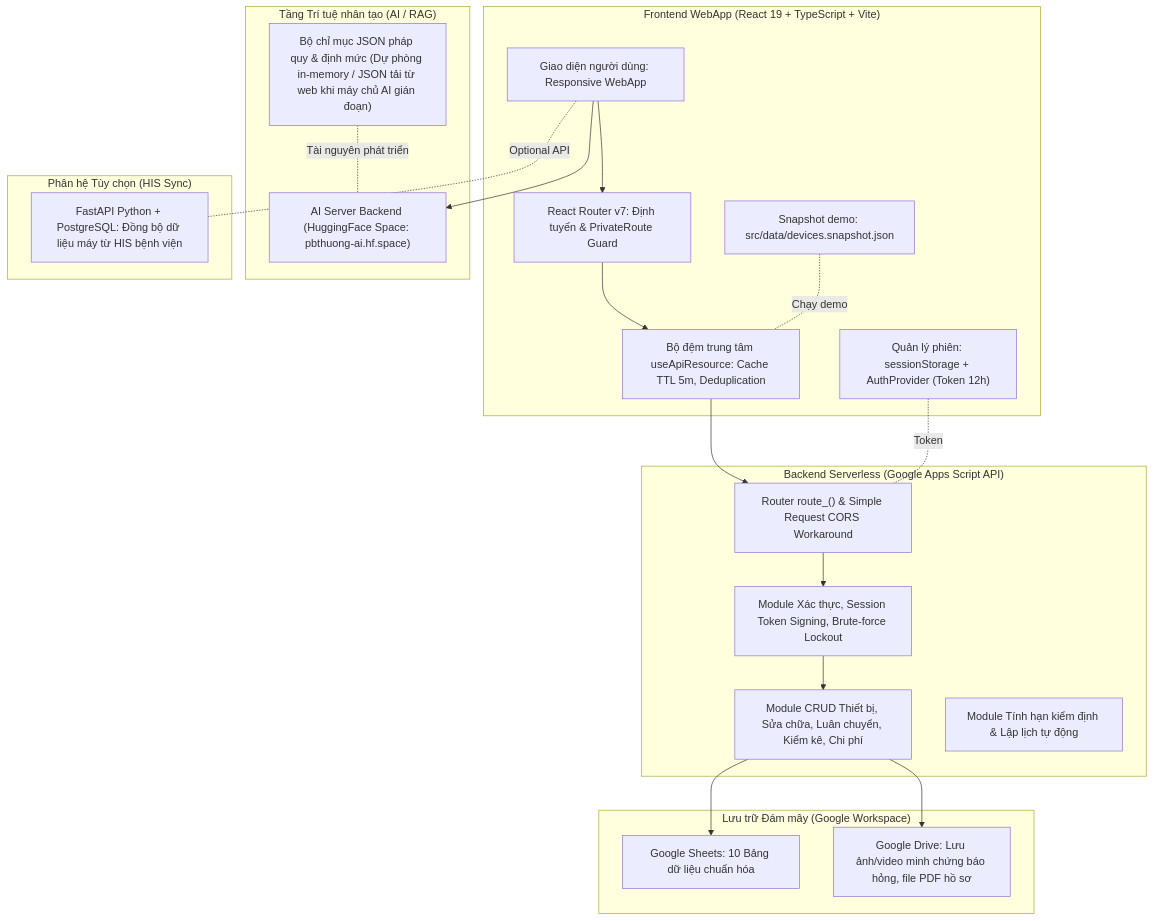
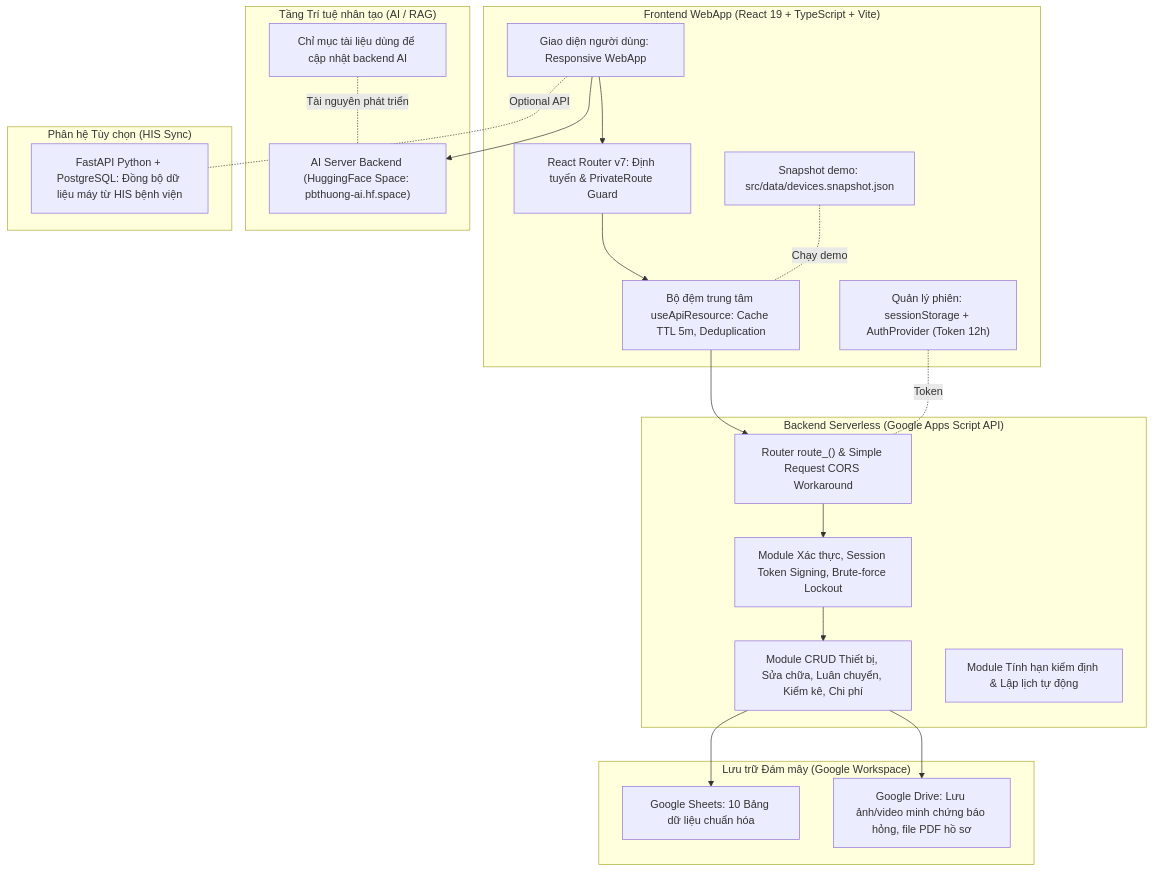
One commit to phambathuong96hup-spec/quanlyttb changed the first of 3 diagrams in NOI_DUNG_DU_AN.md. Above: the diagram before and after it, drawn with Mermaid. The commit also changed other lines of this file and 7 other files, not shown here.

````diff
--- a/NOI_DUNG_DU_AN.md
+++ b/NOI_DUNG_DU_AN.md
@@ -44,41 +44,41 @@
 ```mermaid
 flowchart TD
     subgraph Frontend ["Frontend WebApp (React 19 + TypeScript + Vite)"]
         UI["Giao diện người dùng: Responsive WebApp"]
         Router["React Router v7: Định tuyến & PrivateRoute Guard"]
         Store["Bộ đệm trung tâm useApiResource: Cache TTL 5m, Deduplication"]
         Session["Quản lý phiên: sessionStorage + AuthProvider (Token 12h)"]
         LocalSnap["Snapshot demo: src/data/devices.snapshot.json"]
     end
 
     subgraph Backend_Serverless ["Backend Serverless (Google Apps Script API)"]
         Gateway["Router route_() & Simple Request CORS Workaround"]
         AuthModule["Module Xác thực, Session Token Signing, Brute-force Lockout"]
         CrudModule["Module CRUD Thiết bị, Sửa chữa, Luân chuyển, Kiểm kê, Chi phí"]
         DocModule["Module Tính hạn kiểm định & Lập lịch tự động"]
     end
 
     subgraph Storage_Cloud ["Lưu trữ Đám mây (Google Workspace)"]
         DB_Sheets["Google Sheets: 10 Bảng dữ liệu chuẩn hóa"]
         Drive_Storage["Google Drive: Lưu ảnh/video minh chứng báo hỏng, file PDF hồ sơ"]
     end
 
     subgraph AI_Layer ["Tầng Trí tuệ nhân tạo (AI / RAG)"]
         HF_Space["AI Server Backend (HuggingFace Space: pbthuong-ai.hf.space)"]
-        LocalRAG["Bộ chỉ mục JSON pháp quy & định mức (Dự phòng in-memory / JSON tải từ web khi máy chủ AI gián đoạn)"]
+        Knowledge["Chỉ mục tài liệu dùng để cập nhật backend AI"]
     end
 
     subgraph HIS_Optional ["Phân hệ Tùy chọn (HIS Sync)"]
         HIS_FastAPI["FastAPI Python + PostgreSQL: Đồng bộ dữ liệu máy từ HIS bệnh viện"]
     end
 
     UI --> Router --> Store
     Store --> Gateway
     Session -. Token .- Gateway
     Gateway --> AuthModule --> CrudModule --> DB_Sheets
     CrudModule --> Drive_Storage
     UI --> HF_Space
-    LocalRAG -. Tài nguyên phát triển .- HF_Space
+    Knowledge -. Tài nguyên phát triển .- HF_Space
     UI -. Optional API .- HIS_FastAPI
     LocalSnap -. Chạy demo .- Store
 ```
````
